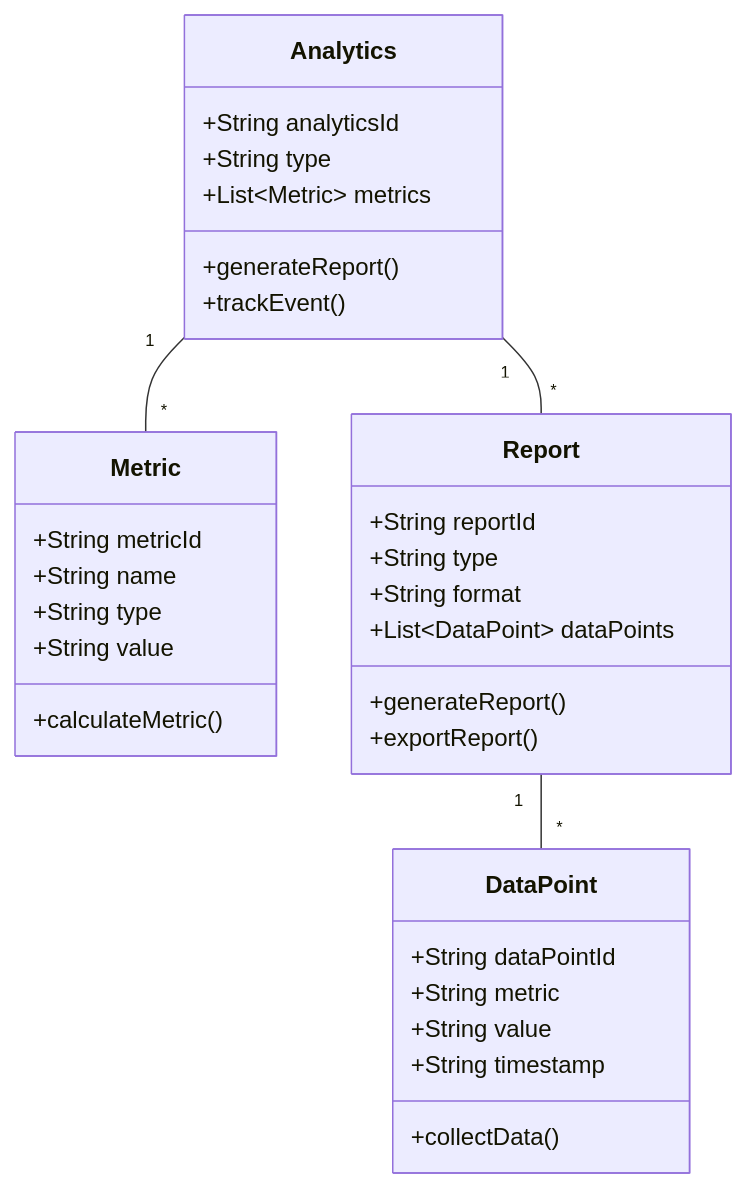
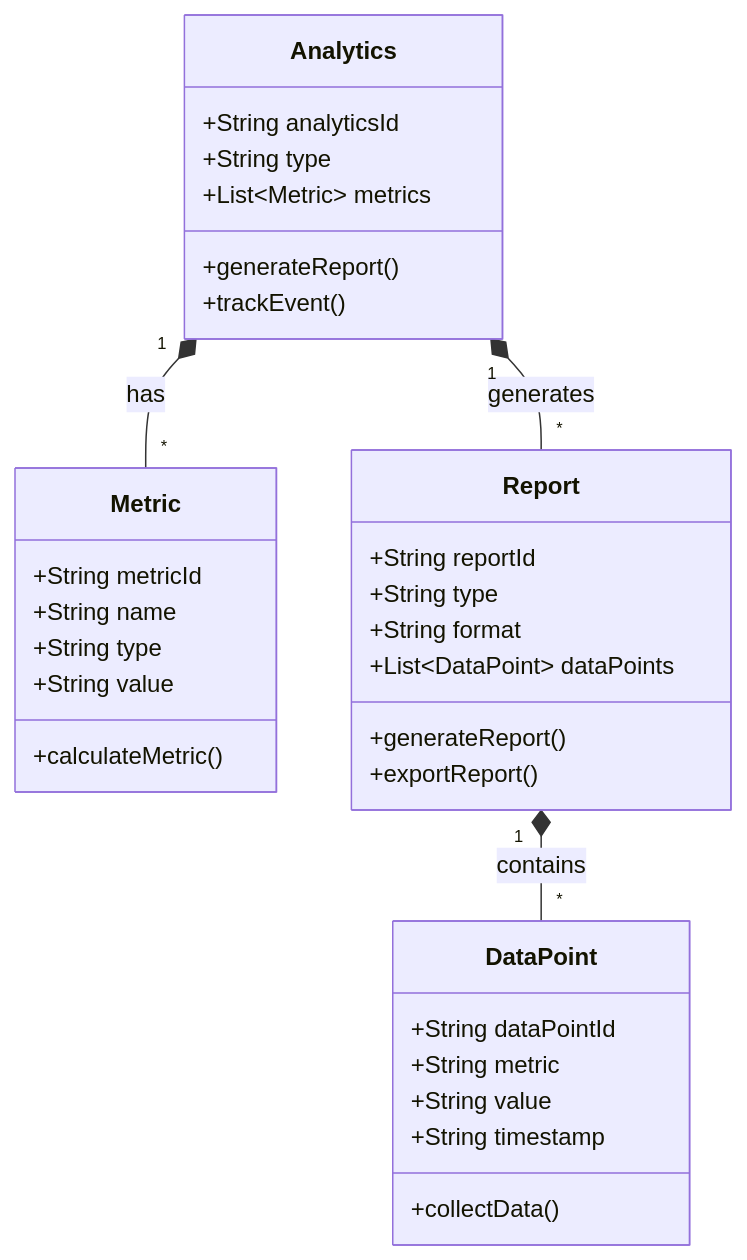
One commit to leomultimedia/LCT-LMS changed diagram 12 of 20 in LCT-SystemDesign/Functional_Architecture.md. Above: the diagram before and after it, drawn with Mermaid. The commit also changed other lines of this file, not shown here.

Commit message:
Fixed graph errors

````diff
--- a/LCT-SystemDesign/Functional_Architecture.md
+++ b/LCT-SystemDesign/Functional_Architecture.md
@@ -469,39 +476,39 @@
 ```mermaid
 classDiagram
     class Analytics {
         +String analyticsId
         +String type
         +List~Metric~ metrics
         +generateReport()
         +trackEvent()
     }
     
     class Metric {
         +String metricId
         +String name
         +String type
         +String value
         +calculateMetric()
     }
     
     class Report {
         +String reportId
         +String type
         +String format
         +List~DataPoint~ dataPoints
         +generateReport()
         +exportReport()
     }
     
     class DataPoint {
         +String dataPointId
         +String metric
         +String value
         +String timestamp
         +collectData()
     }
     
-    Analytics "1" -- "*" Metric
-    Analytics "1" -- "*" Report
-    Report "1" -- "*" DataPoint
+    Analytics "1" *-- "*" Metric : has
+    Analytics "1" *-- "*" Report : generates
+    Report "1" *-- "*" DataPoint : contains
 ```
````
